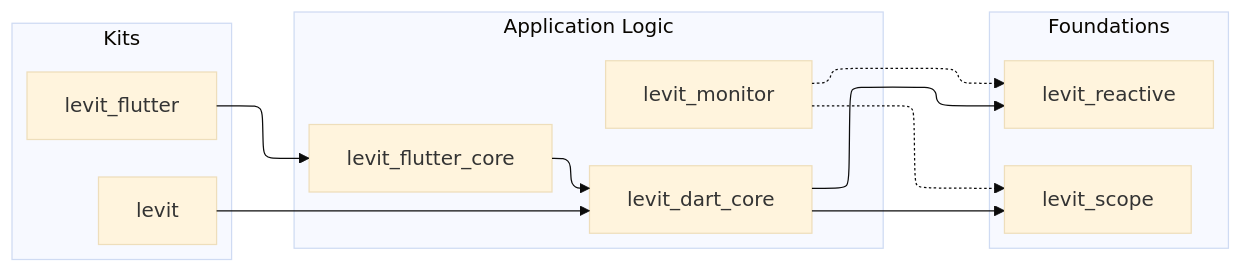
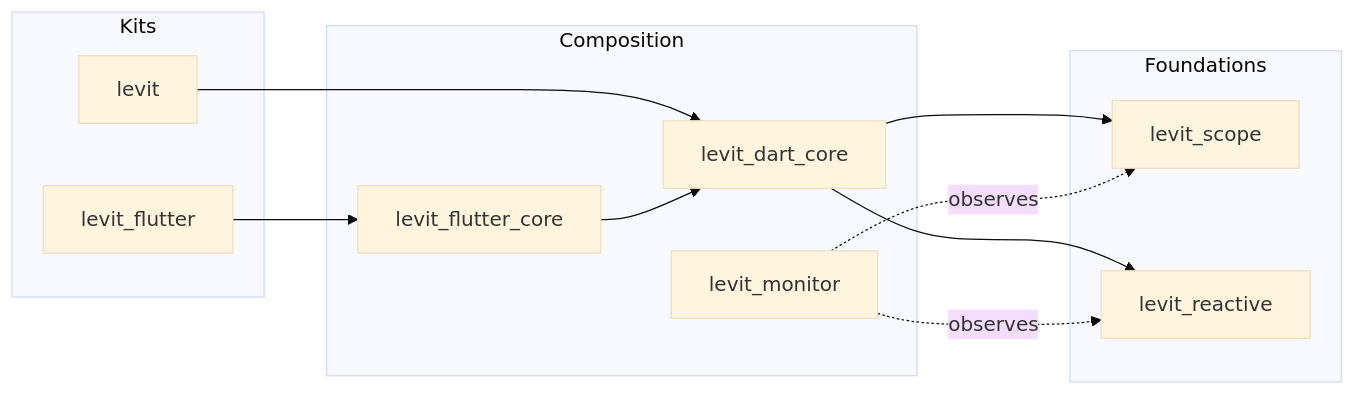
The diagram in README.md (atoumbre/levit), drawn with Mermaid (base theme) before and after one commit. The commit also changed other lines of this file and 25 other files, not shown here.

````diff
--- a/README.md
+++ b/README.md
@@ -110,25 +102,26 @@
 ```mermaid
----
-config:
-  layout: elk
----
 flowchart LR
- subgraph Kits["Kits"]
-        LevitFlutter["levit_flutter"]
-        LevitDart["levit"]
+  subgraph Kits
+    K1[levit]
+    K2[levit_flutter]
   end
- subgraph AppLogic["Application Logic"]
-        DartCore["levit_dart_core"]
-        FlutterCore["levit_flutter_core"]
-        Monitor["levit_monitor"]
+
+  subgraph Composition
+    C1[levit_dart_core]
+    C2[levit_flutter_core]
+    C3[levit_monitor]
   end
- subgraph Foundations["Foundations"]
-        Reactive["levit_reactive"]
-        Scope["levit_scope"]
+
+  subgraph Foundations
+    F1[levit_scope]
+    F2[levit_reactive]
   end
-    LevitDart --> DartCore
-    DartCore --> Reactive & Scope
-    Monitor -.-> Reactive & Scope
-    LevitFlutter --> FlutterCore
-    FlutterCore --> DartCore
+
+  K1 --> C1
+  K2 --> C2
+  C2 --> C1
+  C1 --> F1
+  C1 --> F2
+  C3 -.observes.-> F1
+  C3 -.observes.-> F2
 ```
````
